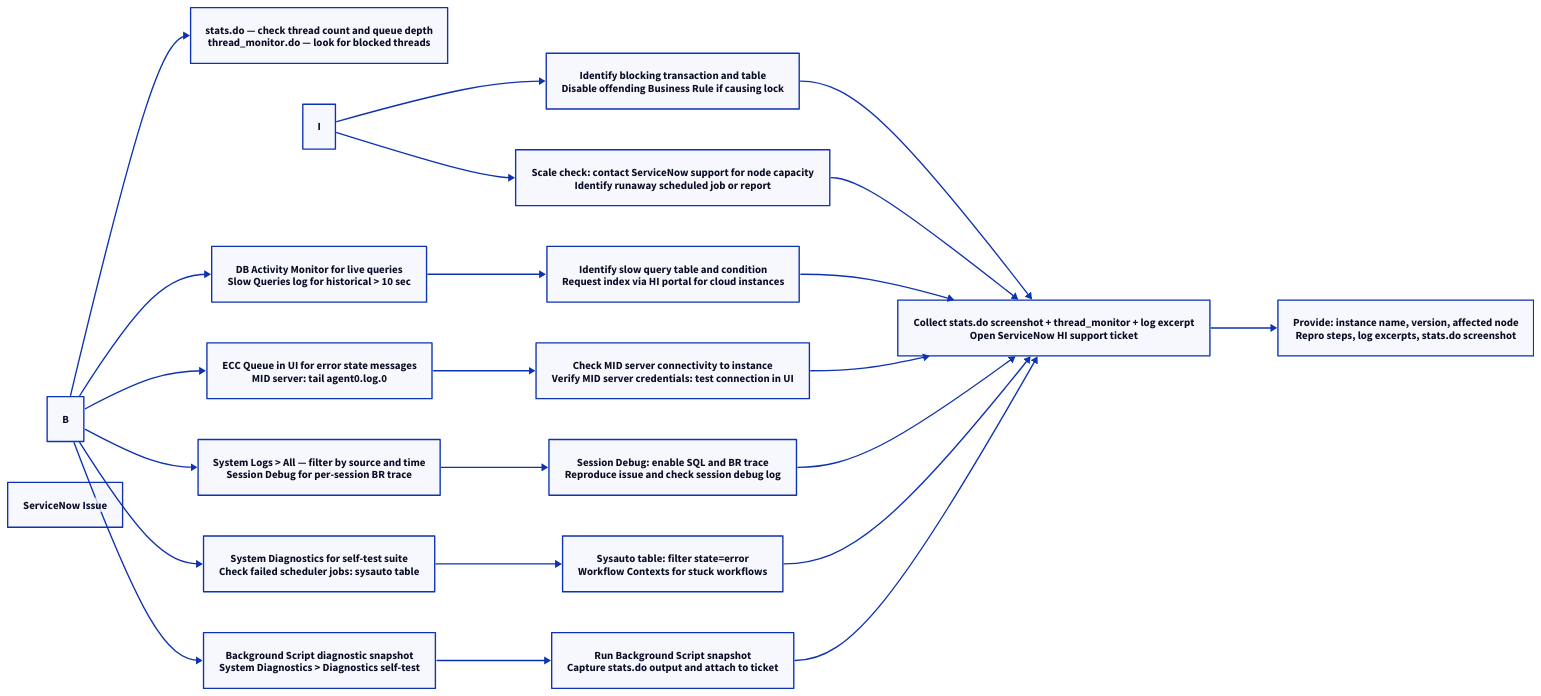
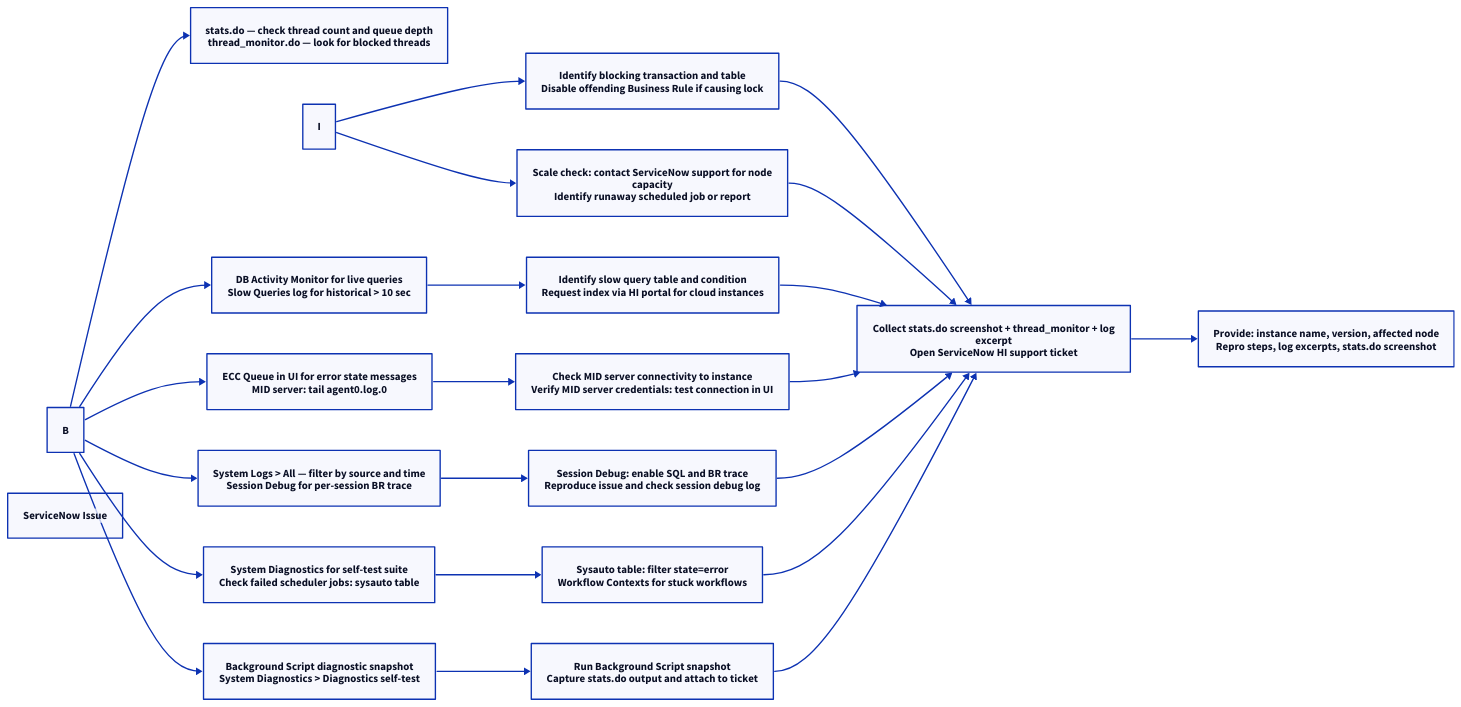
Before and after one commit to canast01/chris-kb: the first of 2 diagrams in docs/itsm/servicenow/troubleshooting/diagnostics/index.md, drawn with D2. The commit also changed other lines of this file and 192 other files, not shown here.

````diff
--- a/docs/itsm/servicenow/troubleshooting/diagnostics/index.md
+++ b/docs/itsm/servicenow/troubleshooting/diagnostics/index.md
@@ -16,44 +16,44 @@
 ```d2
 direction: right
 
 B: "B" {shape: rectangle}
 C: "stats.do — check thread count and queue depth\nthread_monitor.do — look for blocked threads" {shape: rectangle}
 D: "DB Activity Monitor for live queries\nSlow Queries log for historical > 10 sec" {shape: rectangle}
 E: "ECC Queue in UI for error state messages\nMID server: tail agent0.log.0" {shape: rectangle}
 F: "System Logs > All — filter by source and time\nSession Debug for per-session BR trace" {shape: rectangle}
 G: "System Diagnostics for self-test suite\nCheck failed scheduler jobs: sysauto table" {shape: rectangle}
 H: "Background Script diagnostic snapshot\nSystem Diagnostics > Diagnostics self-test" {shape: rectangle}
 I: "I" {shape: rectangle}
 J: "Identify blocking transaction and table\nDisable offending Business Rule if causing lock" {shape: rectangle}
-K: "Scale check: contact ServiceNow support for node capacity\nIdentify runaway scheduled job or report" {shape: rectangle}
+K: "Scale check: contact ServiceNow support for node\ncapacity\nIdentify runaway scheduled job or report" {shape: rectangle}
 L: "Identify slow query table and condition\nRequest index via HI portal for cloud instances" {shape: rectangle}
 M: "Check MID server connectivity to instance\nVerify MID server credentials: test connection in UI" {shape: rectangle}
 N: "Session Debug: enable SQL and BR trace\nReproduce issue and check session debug log" {shape: rectangle}
 O: "Sysauto table: filter state=error\nWorkflow Contexts for stuck workflows" {shape: rectangle}
 P: "Run Background Script snapshot\nCapture stats.do output and attach to ticket" {shape: rectangle}
-Q: "Collect stats.do screenshot + thread_monitor + log excerpt\nOpen ServiceNow HI support ticket" {shape: rectangle}
+Q: "Collect stats.do screenshot + thread_monitor + log\nexcerpt\nOpen ServiceNow HI support ticket" {shape: rectangle}
 R: "Provide: instance name, version, affected node\nRepro steps, log excerpts, stats.do screenshot" {shape: rectangle}
 A: "ServiceNow Issue" {shape: rectangle}
 
 B -> C
 B -> D
 B -> E
 B -> F
 B -> G
 B -> H
 I -> J
 I -> K
 D -> L
 E -> M
 F -> N
 G -> O
 H -> P
 J -> Q
 K -> Q
 L -> Q
 M -> Q
 N -> Q
 O -> Q
 P -> Q
 Q -> R
 ```
````
